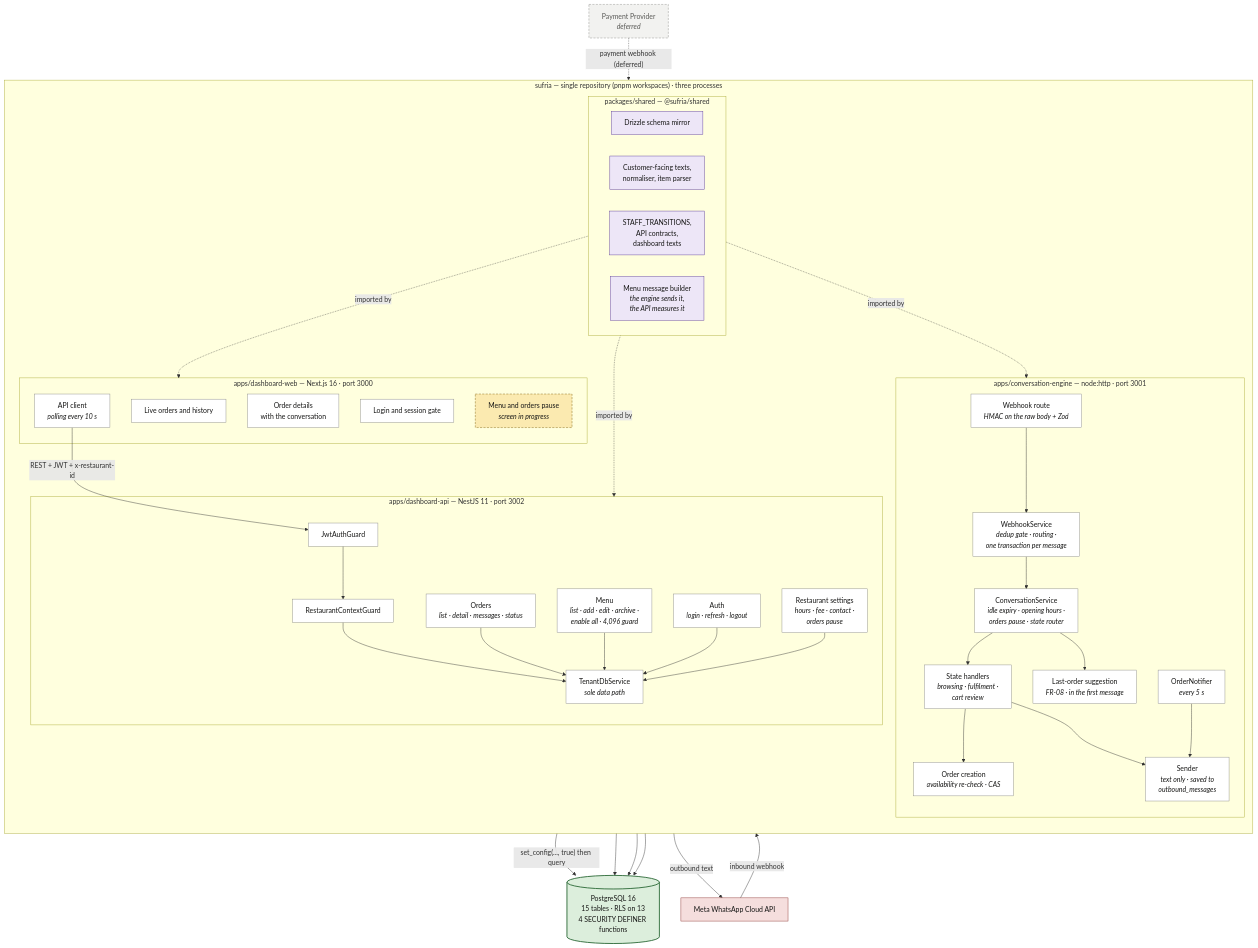
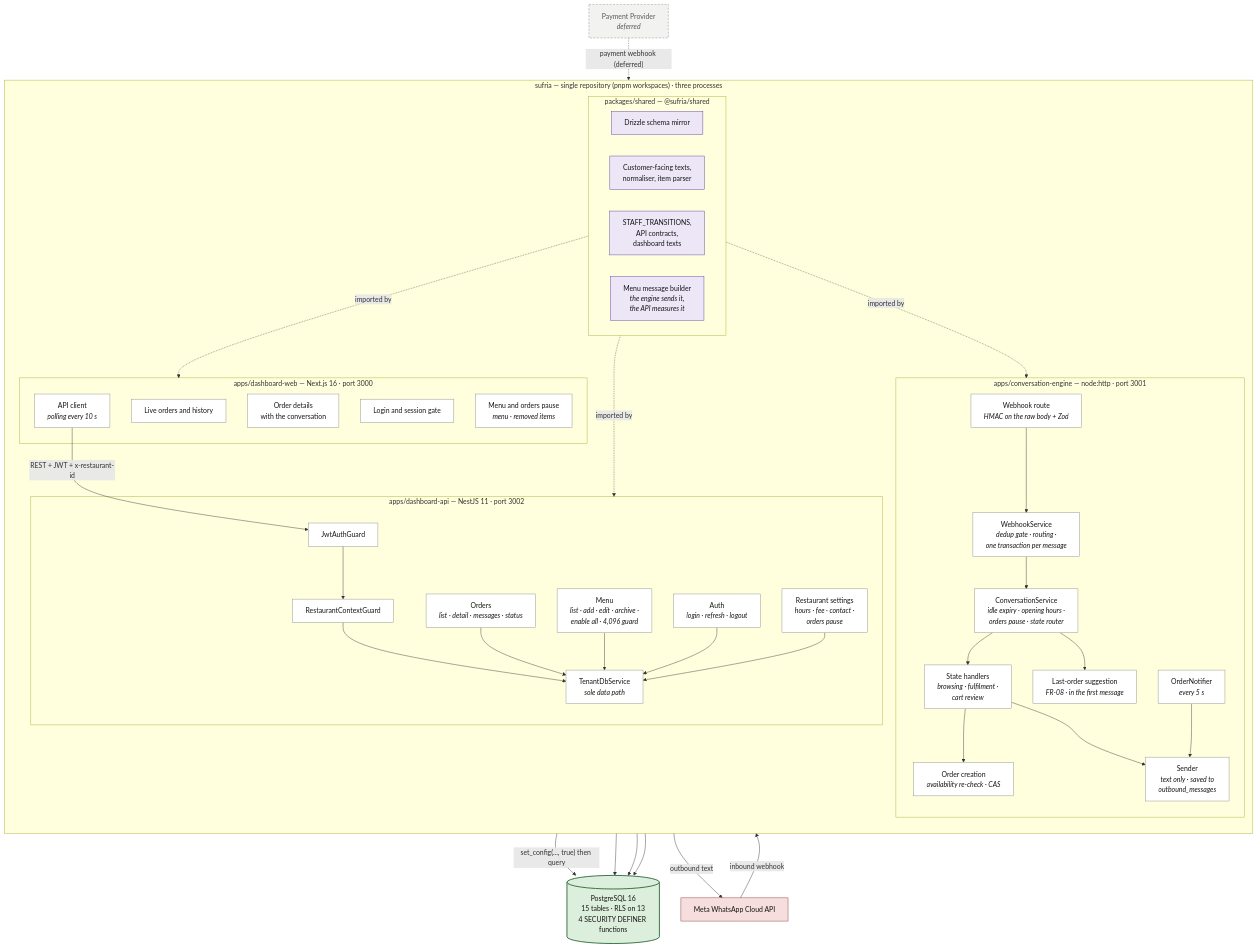
One commit to mhmdd137/sufria changed the diagram in docs/diagrams/04-component.mmd. Above: the diagram before and after it, drawn with Mermaid. The commit also changed 14 other files, not shown here.

```diff
--- a/docs/diagrams/04-component.mmd
+++ b/docs/diagrams/04-component.mmd
@@ -1,72 +1,72 @@
 flowchart TB
     classDef svc fill:#E1EAEE,stroke:#35555F,stroke-width:2px,color:#161615
     classDef mod fill:#FFFFFF,stroke:#8A8A85,color:#161615
     classDef shared fill:#EDE6F7,stroke:#5B3A99,color:#161615
     classDef db fill:#DCEEDC,stroke:#24632F,stroke-width:2px,color:#161615
     classDef ext fill:#F5DEDD,stroke:#8A332F,color:#161615
     classDef prog fill:#FBEAB0,stroke:#7A5C06,stroke-width:1px,stroke-dasharray:5 3,color:#161615
     classDef defer fill:#F2F2F0,stroke:#8A8A85,stroke-width:1px,stroke-dasharray:5 3,color:#5A5A57
 
     subgraph REPO["sufria — single repository (pnpm workspaces) · three processes"]
         direction TB
 
         subgraph WEB["apps/dashboard-web — Next.js 16 · port 3000"]
             W1["Live orders and history"]:::mod
             W2["Order details<br/>with the conversation"]:::mod
             W3["Login and session gate"]:::mod
             W4["API client<br/><i>polling every 10 s</i>"]:::mod
-            W5["Menu and orders pause<br/><i>screen in progress</i>"]:::prog
+            W5["Menu and orders pause<br/><i>menu · removed items</i>"]:::mod
         end
 
         subgraph SHARED["packages/shared — @sufria/shared"]
             SH1["Drizzle schema mirror"]:::shared
             SH2["Customer-facing texts,<br/>normaliser, item parser"]:::shared
             SH3["STAFF_TRANSITIONS,<br/>API contracts,<br/>dashboard texts"]:::shared
             SH4["Menu message builder<br/><i>the engine sends it,<br/>the API measures it</i>"]:::shared
         end
 
         subgraph ENGINE["apps/conversation-engine — node:http · port 3001"]
             E1["Webhook route<br/><i>HMAC on the raw body + Zod</i>"]:::mod
             E2["WebhookService<br/><i>dedup gate · routing ·<br/>one transaction per message</i>"]:::mod
             E3["ConversationService<br/><i>idle expiry · opening hours ·<br/>orders pause · state router</i>"]:::mod
             E4["State handlers<br/><i>browsing · fulfilment ·<br/>cart review</i>"]:::mod
             E5["Order creation<br/><i>availability re-check · CAS</i>"]:::mod
             E6["Sender<br/><i>text only · saved to<br/>outbound_messages</i>"]:::mod
             E7["OrderNotifier<br/><i>every 5 s</i>"]:::mod
             E8["Last-order suggestion<br/><i>FR-08 · in the first message</i>"]:::mod
         end
 
         subgraph API["apps/dashboard-api — NestJS 11 · port 3002"]
             A1["JwtAuthGuard"]:::mod
             A2["RestaurantContextGuard"]:::mod
             A3["TenantDbService<br/><i>sole data path</i>"]:::mod
             A4["Orders<br/><i>list · detail · messages · status</i>"]:::mod
             A5["Menu<br/><i>list · add · edit · archive ·<br/>enable all · 4,096 guard</i>"]:::mod
             A7["Restaurant settings<br/><i>hours · fee · contact ·<br/>orders pause</i>"]:::mod
             A6["Auth<br/><i>login · refresh · logout</i>"]:::mod
         end
     end
 
     DB[("PostgreSQL 16<br/>15 tables · RLS on 13<br/>4 SECURITY DEFINER functions")]:::db
     META["Meta WhatsApp Cloud API"]:::ext
     PAY["Payment Provider<br/><i>deferred</i>"]:::defer
 
     W4 -->|"REST + JWT + x-restaurant-id"| A1
     A1 --> A2 --> A3
     A4 & A5 & A6 & A7 --> A3
     A3 -->|"set_config(..., true) then query"| DB
 
     META -->|"inbound webhook"| E1
     E1 --> E2 --> E3 --> E4 --> E5
     E3 --> E8
     E4 --> E6
     E7 --> E6
     E6 -->|"outbound text"| META
     E2 --> DB
     E5 --> DB
     E7 --> DB
     PAY -.->|"payment webhook (deferred)"| E1
 
     SHARED -.->|"imported by"| ENGINE
     SHARED -.->|"imported by"| API
     SHARED -.->|"imported by"| WEB
```
